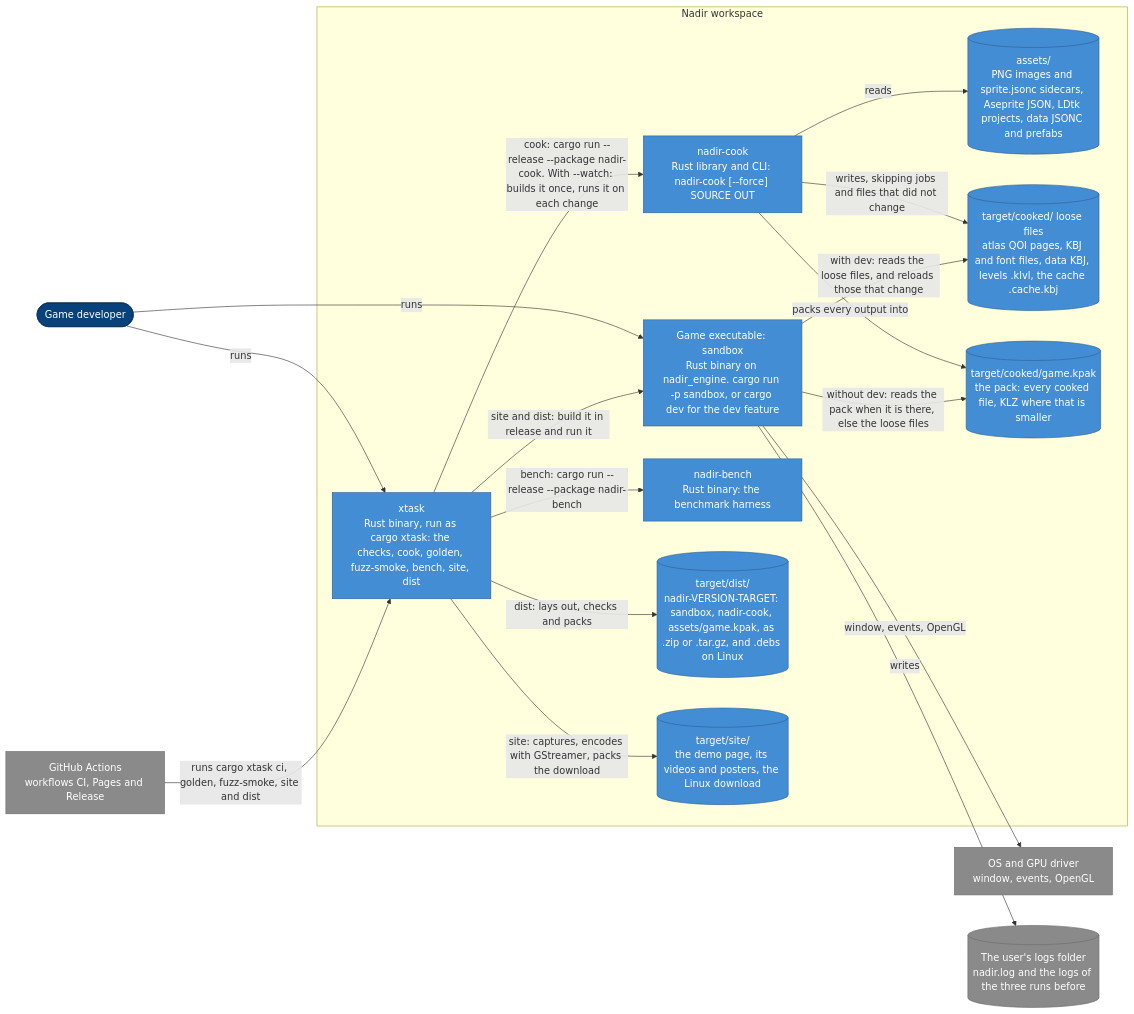
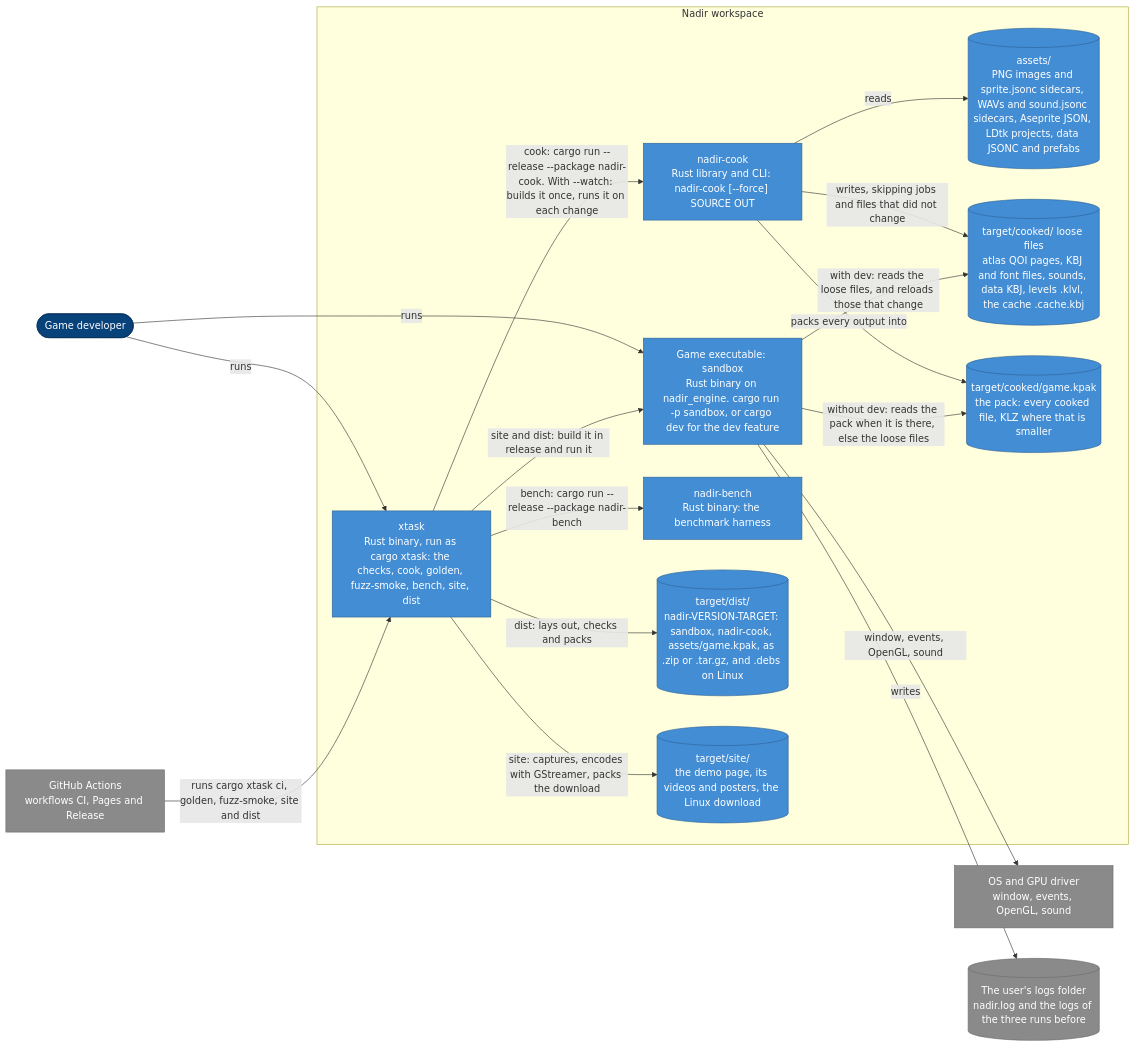
One commit to jabbott-iii/Nadir changed the second of 5 diagrams in diagrams/c4-architecture.md. Above: the diagram before and after it, drawn with Mermaid. The commit also changed other lines of this file and 35 other files, not shown here.

````diff
--- a/diagrams/c4-architecture.md
+++ b/diagrams/c4-architecture.md
@@ -91,42 +94,42 @@
 ```mermaid
 flowchart LR
     developer(["Game developer"])
     gha["GitHub Actions<br/>workflows CI, Pages and Release"]
-    os["OS and GPU driver<br/>window, events, OpenGL"]
+    os["OS and GPU driver<br/>window, events, OpenGL, sound"]
     logs[("The user's logs folder<br/>nadir.log and the logs of the three runs before")]
 
     subgraph ws["Nadir workspace"]
         xtask["xtask<br/>Rust binary, run as cargo xtask: the checks, cook, golden, fuzz-smoke, bench, site, dist"]
         cook["nadir-cook<br/>Rust library and CLI: nadir-cook [--force] SOURCE OUT"]
         game["Game executable: sandbox<br/>Rust binary on nadir_engine. cargo run -p sandbox, or cargo dev for the dev feature"]
         bench["nadir-bench<br/>Rust binary: the benchmark harness"]
-        src[("assets/<br/>PNG images and sprite.jsonc sidecars, Aseprite JSON, LDtk projects, data JSONC and prefabs")]
-        loose[("target/cooked/ loose files<br/>atlas QOI pages, KBJ and font files, data KBJ, levels .klvl, the cache .cache.kbj")]
+        src[("assets/<br/>PNG images and sprite.jsonc sidecars, WAVs and sound.jsonc sidecars, Aseprite JSON, LDtk projects, data JSONC and prefabs")]
+        loose[("target/cooked/ loose files<br/>atlas QOI pages, KBJ and font files, sounds, data KBJ, levels .klvl, the cache .cache.kbj")]
         pack[("target/cooked/game.kpak<br/>the pack: every cooked file, KLZ where that is smaller")]
         dist[("target/dist/<br/>nadir-VERSION-TARGET: sandbox, nadir-cook, assets/game.kpak, as .zip or .tar.gz, and .debs on Linux")]
         site[("target/site/<br/>the demo page, its videos and posters, the Linux download")]
     end
 
     developer -->|"runs"| xtask
     developer -->|"runs"| game
     gha -->|"runs cargo xtask ci, golden, fuzz-smoke, site and dist"| xtask
     xtask -->|"cook: cargo run --release --package nadir-cook. With --watch: builds it once, runs it on each change"| cook
     cook -->|"reads"| src
     cook -->|"writes, skipping jobs and files that did not change"| loose
     cook -->|"packs every output into"| pack
     game -->|"with dev: reads the loose files, and reloads those that change"| loose
     game -->|"without dev: reads the pack when it is there, else the loose files"| pack
     game -->|"writes"| logs
-    game -->|"window, events, OpenGL"| os
+    game -->|"window, events, OpenGL, sound"| os
     xtask -->|"bench: cargo run --release --package nadir-bench"| bench
     xtask -->|"site and dist: build it in release and run it"| game
     xtask -->|"dist: lays out, checks and packs"| dist
     xtask -->|"site: captures, encodes with GStreamer, packs the download"| site
 
     classDef person fill:#08427b,stroke:#052e56,color:#ffffff
     classDef container fill:#438dd5,stroke:#2e6295,color:#ffffff
     classDef external fill:#8a8a8a,stroke:#6b6b6b,color:#ffffff
     class developer person
     class xtask,cook,game,bench,src,loose,pack,dist,site container
     class gha,os,logs external
 ```
````
